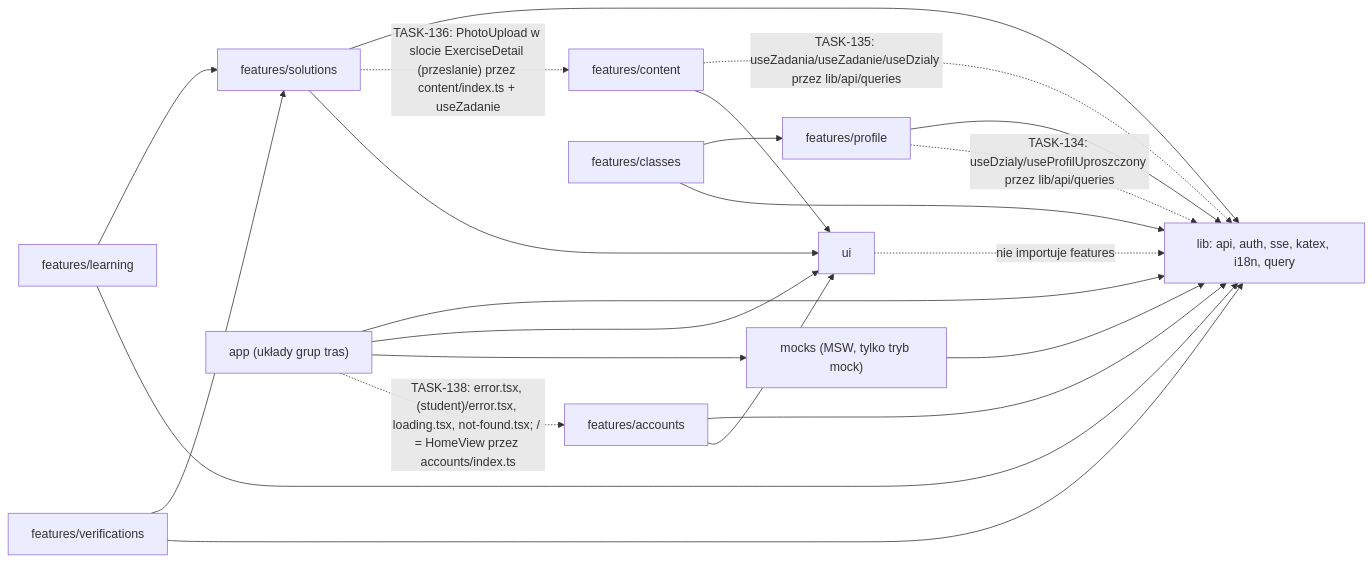
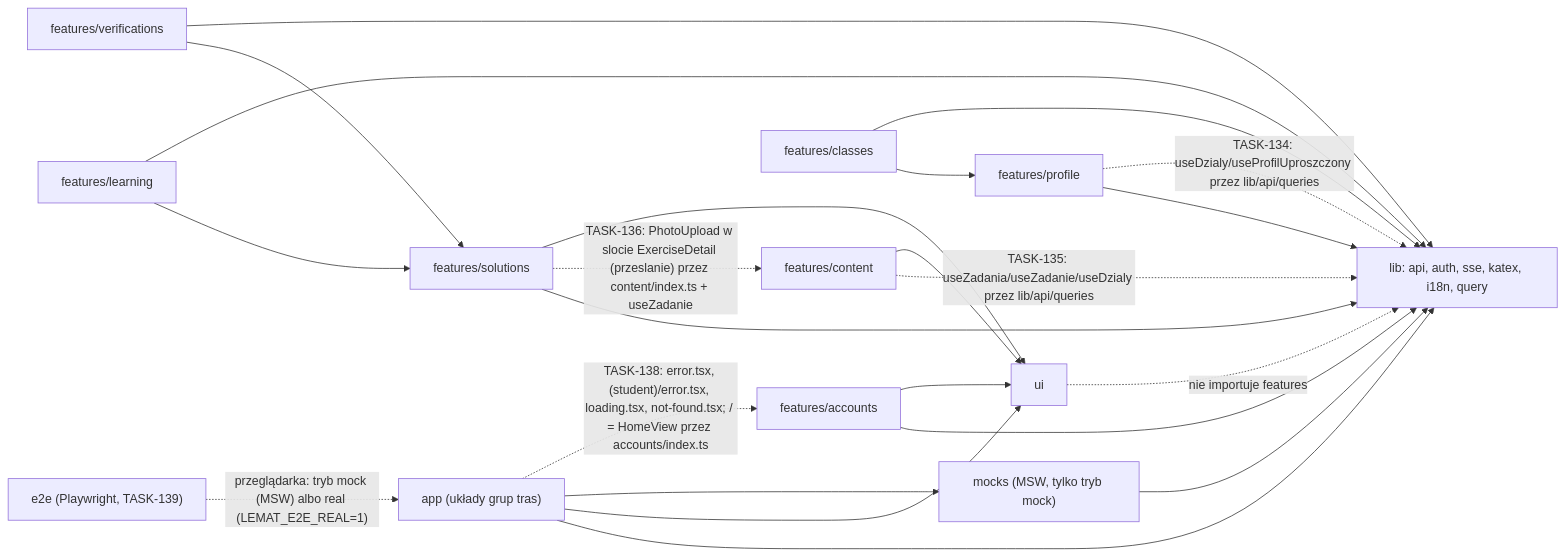
One commit to misterekkk/lemat changed the fourth of 4 diagrams in docs/CODEBASE_MAP.md. Above: the diagram before and after it, drawn with Mermaid. The commit also changed other lines of this file and 12 other files, not shown here.

First line of the commit message:
test(TASK-139): Playwright smoke test in MSW mode, fix double MSW worker start + updated codebase map & handoff

````diff
--- a/docs/CODEBASE_MAP.md
+++ b/docs/CODEBASE_MAP.md
@@ -272,35 +272,36 @@
 ```mermaid
 flowchart LR
     ACC["features/accounts"]
     LRN["features/learning"]
     SOL["features/solutions"]
     PRF["features/profile"]
     CNT["features/content"]
     CLS["features/classes"]
     VER["features/verifications"]
     LIB["lib: api, auth, sse, katex, i18n, query"]
     MCK["mocks (MSW, tylko tryb mock)"]
     UI["ui"]
     APP["app (układy grup tras)"]
     APP --> LIB
     APP --> UI
     APP --> MCK
     APP -. "TASK-138: error.tsx, (student)/error.tsx, loading.tsx, not-found.tsx; / = HomeView przez accounts/index.ts" .-> ACC
     MCK --> LIB
+    E2E["e2e (Playwright, TASK-139)"] -. "przeglądarka: tryb mock (MSW) albo real (LEMAT_E2E_REAL=1)" .-> APP
     LRN --> SOL
     CLS --> PRF
     VER --> SOL
     ACC --> LIB
     LRN --> LIB
     SOL --> LIB
     PRF --> LIB
     ACC --> UI
     PRF -. "TASK-134: useDzialy/useProfilUproszczony przez lib/api/queries" .-> LIB
     CNT -. "TASK-135: useZadania/useZadanie/useDzialy przez lib/api/queries" .-> LIB
     CNT --> UI
     SOL -. "TASK-136: PhotoUpload w slocie ExerciseDetail (przeslanie) przez content/index.ts + useZadanie" .-> CNT
     CLS --> LIB
     VER --> LIB
     SOL --> UI
     UI -. "nie importuje features" .-> LIB
 ```
````
